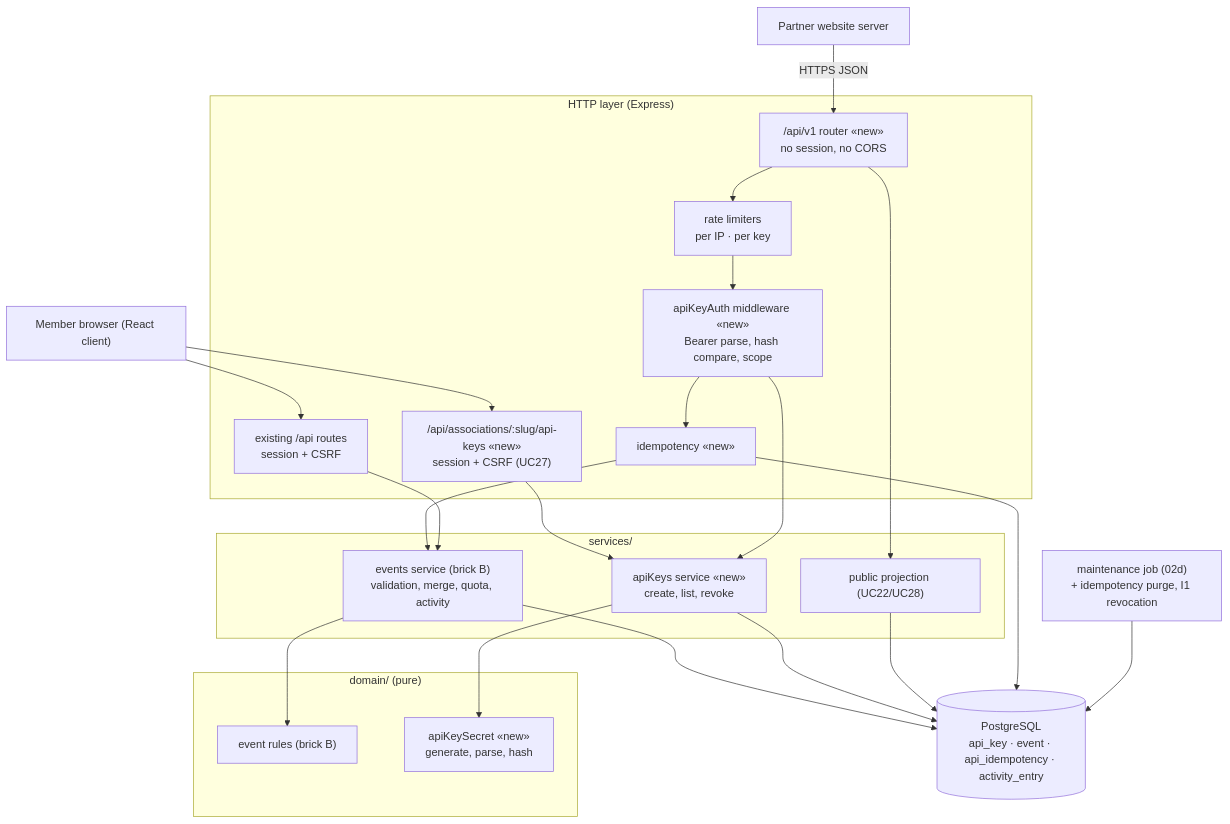
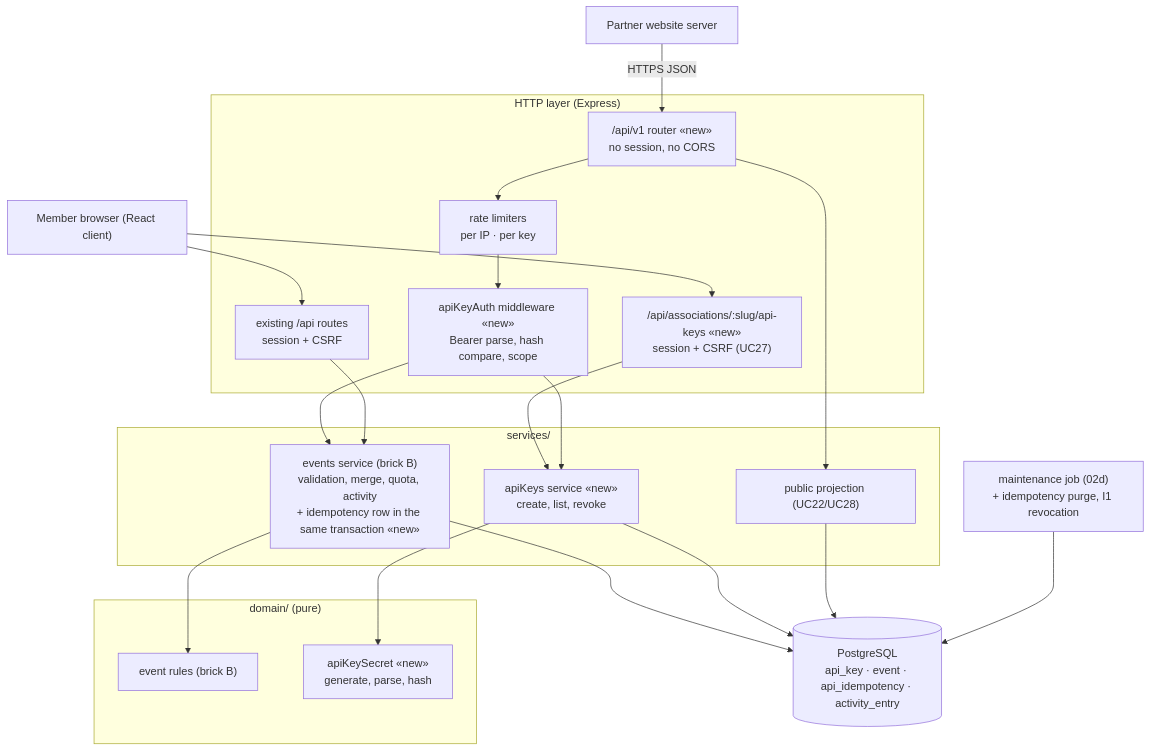
One commit to benoit-bremaud/HappiHub changed the diagram in docs/architecture/diagrams/partner-api/03-component.md. Above: the diagram before and after it, drawn with Mermaid. The commit also changed 6 other files, not shown here.

````diff
--- a/docs/architecture/diagrams/partner-api/03-component.md
+++ b/docs/architecture/diagrams/partner-api/03-component.md
@@ -9,45 +9,42 @@
 ```mermaid
 flowchart TB
   Partner["Partner website server"]
   Browser["Member browser (React client)"]
 
   subgraph http["HTTP layer (Express)"]
     V1["/api/v1 router «new»<br/>no session, no CORS"]
     KA["apiKeyAuth middleware «new»<br/>Bearer parse, hash compare, scope"]
     RL["rate limiters<br/>per IP · per key"]
-    IDEM["idempotency «new»"]
     KEYS["/api/associations/:slug/api-keys «new»<br/>session + CSRF (UC27)"]
     APP["existing /api routes<br/>session + CSRF"]
   end
 
   subgraph services["services/"]
-    EVS["events service (brick B)<br/>validation, merge, quota, activity"]
+    EVS["events service (brick B)<br/>validation, merge, quota, activity<br/>+ idempotency row in the same transaction «new»"]
     AKS["apiKeys service «new»<br/>create, list, revoke"]
     PUB["public projection (UC22/UC28)"]
   end
 
   subgraph domain["domain/ (pure)"]
     EVD["event rules (brick B)"]
     KEYD["apiKeySecret «new»<br/>generate, parse, hash"]
   end
 
   DB[("PostgreSQL<br/>api_key · event · api_idempotency · activity_entry")]
   MJ["maintenance job (02d)<br/>+ idempotency purge, I1 revocation"]
 
   Partner -- "HTTPS JSON" --> V1
   Browser --> KEYS
   Browser --> APP
-  V1 --> RL --> KA --> IDEM
+  V1 --> RL --> KA --> EVS
   V1 --> PUB
-  IDEM --> EVS
   KEYS --> AKS
   APP --> EVS
   KA --> AKS
   AKS --> KEYD
   EVS --> EVD
   EVS --> DB
   AKS --> DB
   PUB --> DB
-  IDEM --> DB
   MJ --> DB
 ```
````
